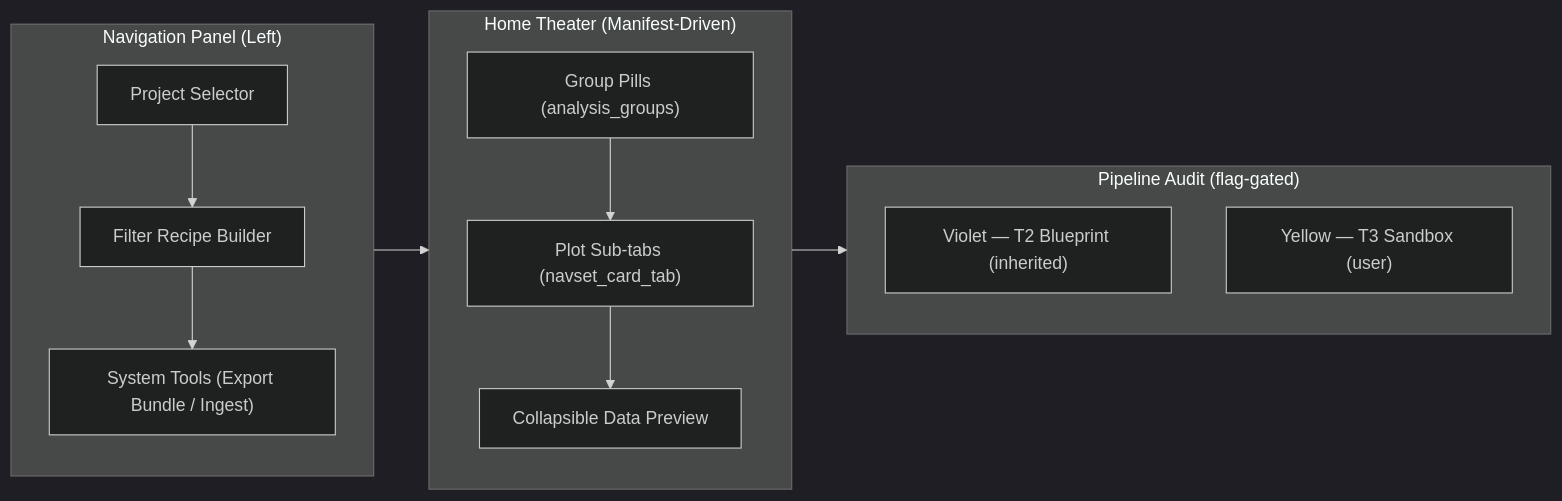
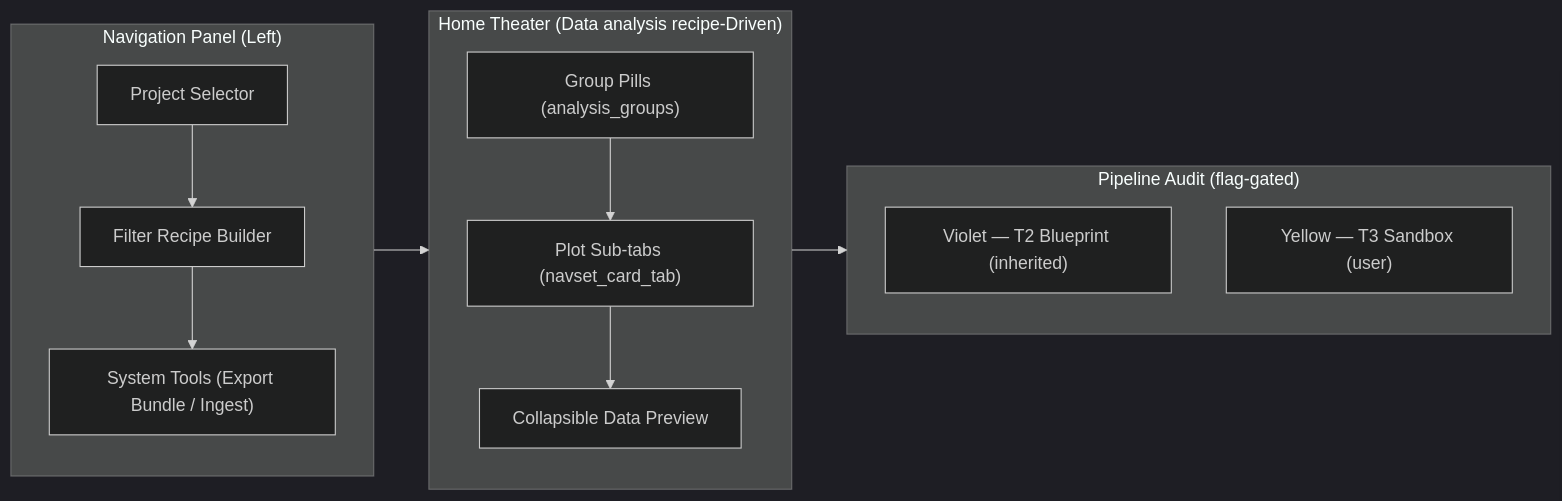
The diagram in docs/workflows/dashboard_app.qmd (evezeyl/SPARMVET_VIZ), drawn with Mermaid (dark theme) before and after one commit. The commit also changed other lines of this file and 647 other files, not shown here.

First line of the commit message:
refactor(config): rename manifest to data analysis recipe in code, files and docs

````diff
--- a/docs/workflows/dashboard_app.qmd
+++ b/docs/workflows/dashboard_app.qmd
@@ -28,23 +28,23 @@
 ```{mermaid}
 graph LR
     subgraph Left_Sidebar ["Navigation Panel (Left)"]
         direction TB
         A["Project Selector"] --> B["Filter Recipe Builder"]
         B --> C["System Tools (Export Bundle / Ingest)"]
     end
 
-    subgraph Central_Theater ["Home Theater (Manifest-Driven)"]
+    subgraph Central_Theater ["Home Theater (Data analysis recipe-Driven)"]
         direction TB
         D["Group Pills (analysis_groups)"] --> E["Plot Sub-tabs (navset_card_tab)"]
         E --> F["Collapsible Data Preview"]
     end
 
     subgraph Right_Sidebar ["Pipeline Audit (flag-gated)"]
         direction TB
         H["Violet — T2 Blueprint (inherited)"]
         I["Yellow — T3 Sandbox (user)"]
     end
 
     Left_Sidebar --> Central_Theater
     Central_Theater --> Right_Sidebar
 ```
````
